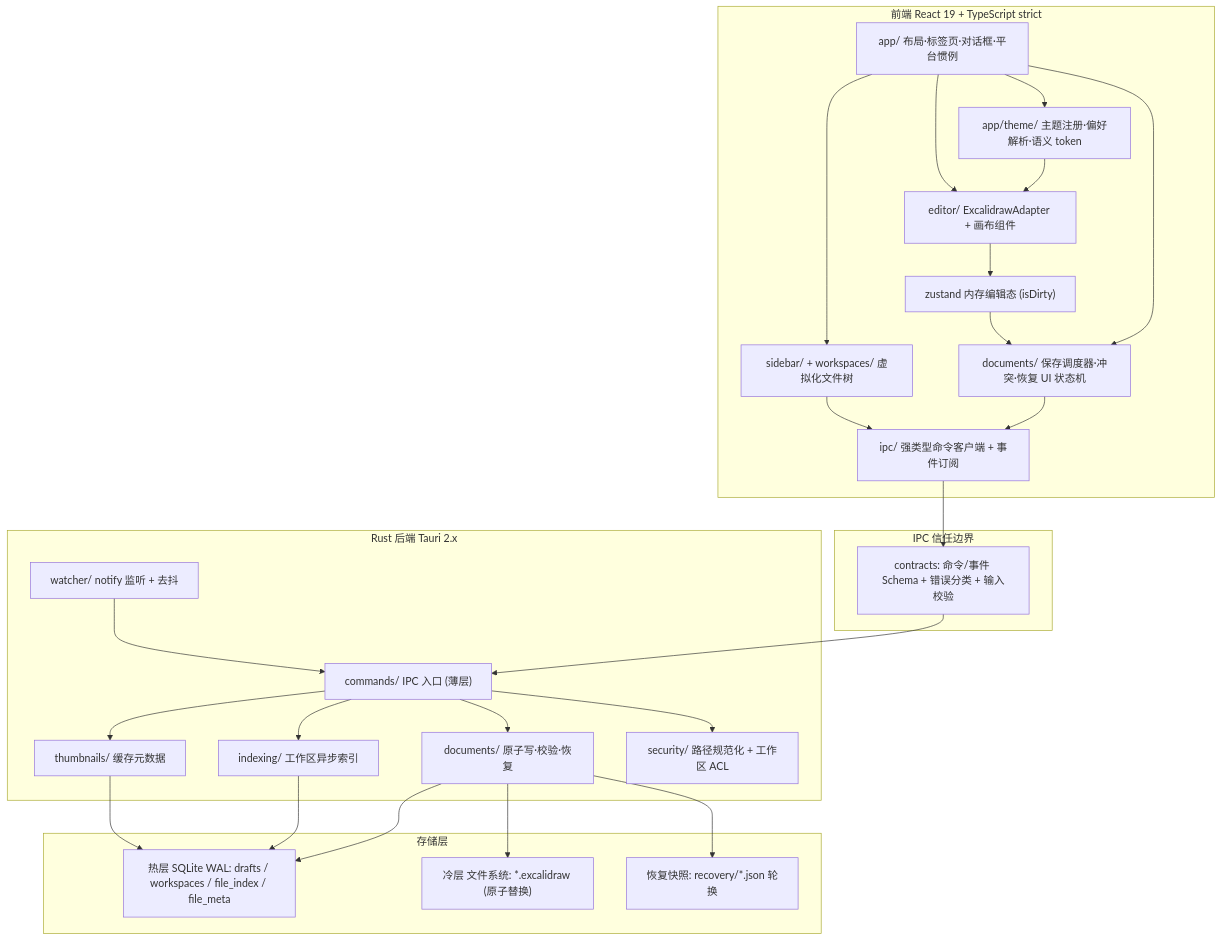
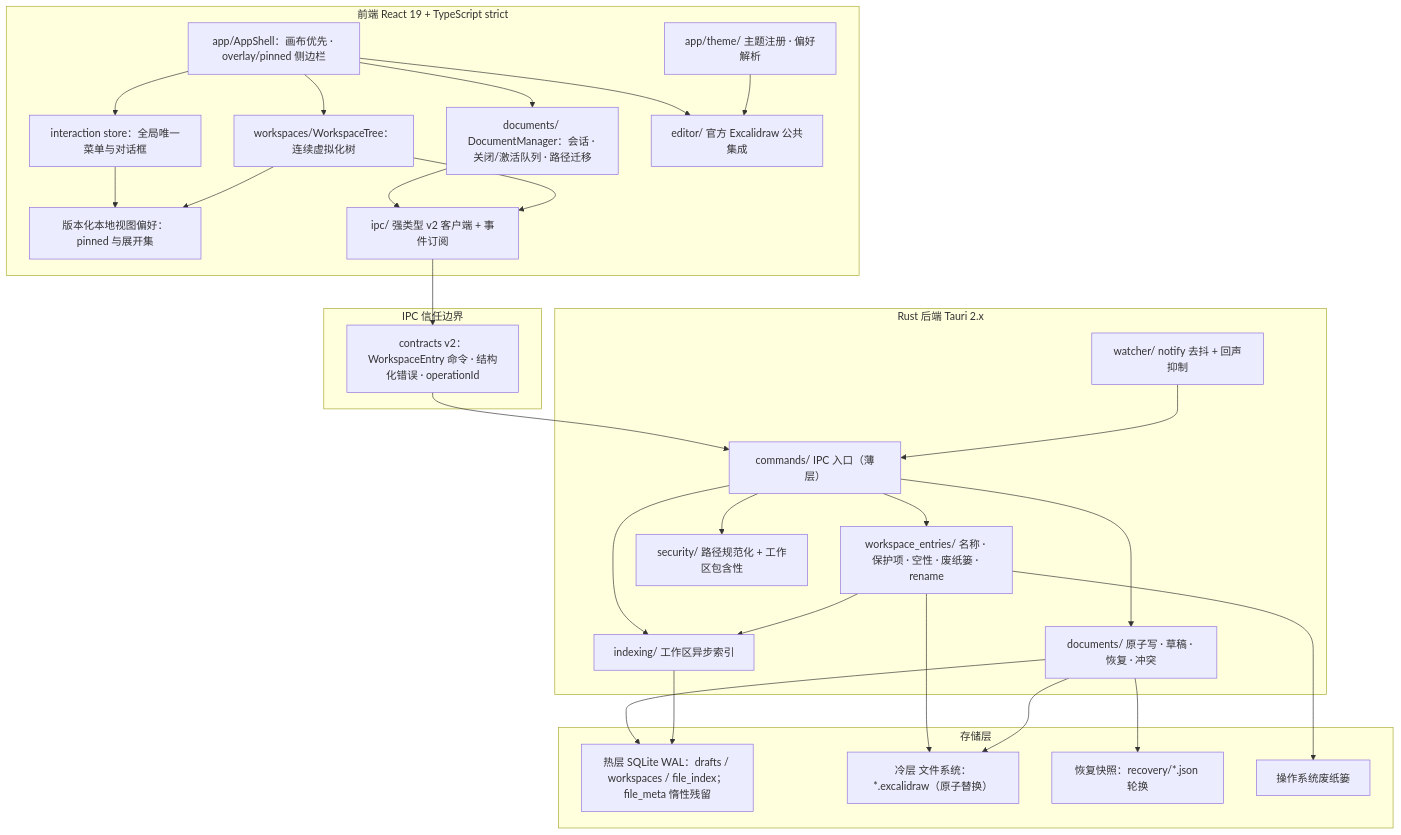
One commit to ignacioli/excalidraw-desktop changed the first of 5 diagrams in docs/architecture.md. Above: the diagram before and after it, drawn with Mermaid. The commit also changed other lines of this file and 25 other files, not shown here.

````diff
--- a/docs/architecture.md
+++ b/docs/architecture.md
@@ -13,47 +15,52 @@
 ```mermaid
 flowchart TB
     subgraph frontend [前端 React 19 + TypeScript strict]
-        UI["app/ 布局·标签页·对话框·平台惯例"]
-        Theme["app/theme/ 主题注册·偏好解析·语义 token"]
-        Editor["editor/ ExcalidrawAdapter + 画布组件"]
-        Docs["documents/ 保存调度器·冲突·恢复 UI 状态机"]
-        Sidebar["sidebar/ + workspaces/ 虚拟化文件树"]
-        Store["zustand 内存编辑态 (isDirty)"]
-        IpcClient["ipc/ 强类型命令客户端 + 事件订阅"]
+        AppShell["app/AppShell：画布优先 · overlay/pinned 侧边栏"]
+        Interaction["interaction store：全局唯一菜单与对话框"]
+        Tree["workspaces/WorkspaceTree：连续虚拟化树"]
+        Docs["documents/ DocumentManager：会话 · 关闭/激活队列 · 路径迁移"]
+        Editor["editor/ 官方 Excalidraw 公共集成"]
+        Theme["app/theme/ 主题注册 · 偏好解析"]
+        Prefs["版本化本地视图偏好：pinned 与展开集"]
+        IpcClient["ipc/ 强类型 v2 客户端 + 事件订阅"]
     end
     subgraph boundary [IPC 信任边界]
-        Contracts["contracts: 命令/事件 Schema + 错误分类 + 输入校验"]
+        Contracts["contracts v2：WorkspaceEntry 命令 · 结构化错误 · operationId"]
     end
     subgraph backend [Rust 后端 Tauri 2.x]
-        Commands["commands/ IPC 入口 (薄层)"]
-        DomainDocs["documents/ 原子写·校验·恢复"]
+        Commands["commands/ IPC 入口（薄层）"]
+        EntryDomain["workspace_entries/ 名称 · 保护项 · 空性 · 废纸篓 · rename"]
+        Security["security/ 路径规范化 + 工作区包含性"]
+        DomainDocs["documents/ 原子写 · 草稿 · 恢复 · 冲突"]
         Indexing["indexing/ 工作区异步索引"]
-        Watcher["watcher/ notify 监听 + 去抖"]
-        Thumbs["thumbnails/ 缓存元数据"]
-        Security["security/ 路径规范化 + 工作区 ACL"]
+        Watcher["watcher/ notify 去抖 + 回声抑制"]
     end
     subgraph storage [存储层]
-        Hot["热层 SQLite WAL: drafts / workspaces / file_index / file_meta"]
-        Cold["冷层 文件系统: *.excalidraw (原子替换)"]
-        Recovery["恢复快照: recovery/*.json 轮换"]
+        Hot["热层 SQLite WAL：drafts / workspaces / file_index；file_meta 惰性残留"]
+        Cold["冷层 文件系统：*.excalidraw（原子替换）"]
+        Recovery["恢复快照：recovery/*.json 轮换"]
+        Trash["操作系统废纸篓"]
     end
-    UI --> Theme
+    AppShell --> Interaction
+    AppShell --> Tree
+    AppShell --> Docs
+    AppShell --> Editor
+    Interaction --> Prefs
+    Tree --> Prefs
     Theme --> Editor
-    UI --> Editor --> Store
-    UI --> Docs
-    UI --> Sidebar
     Docs --> IpcClient
-    Sidebar --> IpcClient
-    Store --> Docs
+    Tree --> IpcClient
     IpcClient --> Contracts --> Commands
     Commands --> Security
+    Commands --> EntryDomain
     Commands --> DomainDocs
     Commands --> Indexing
-    Commands --> Thumbs
     Watcher --> Commands
+    EntryDomain --> Indexing
+    EntryDomain --> Cold
+    EntryDomain --> Trash
     DomainDocs --> Hot
     DomainDocs --> Cold
     DomainDocs --> Recovery
     Indexing --> Hot
-    Thumbs --> Hot
 ```
````
